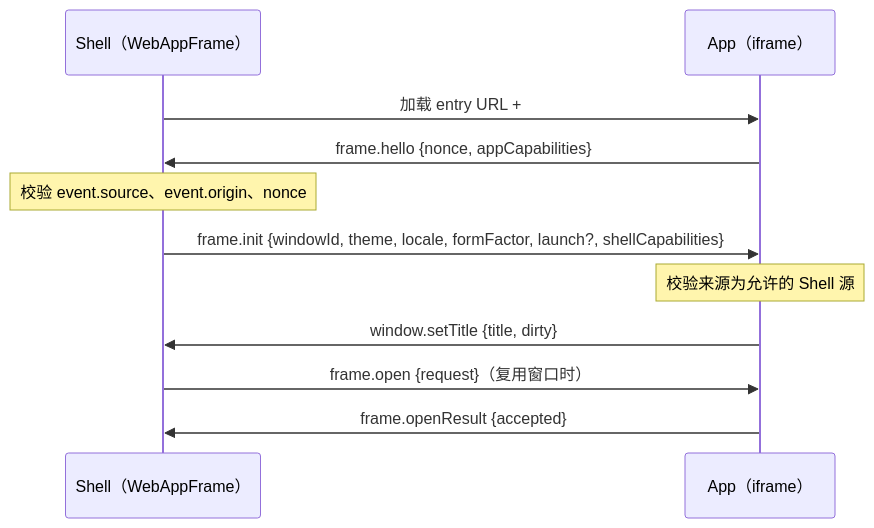
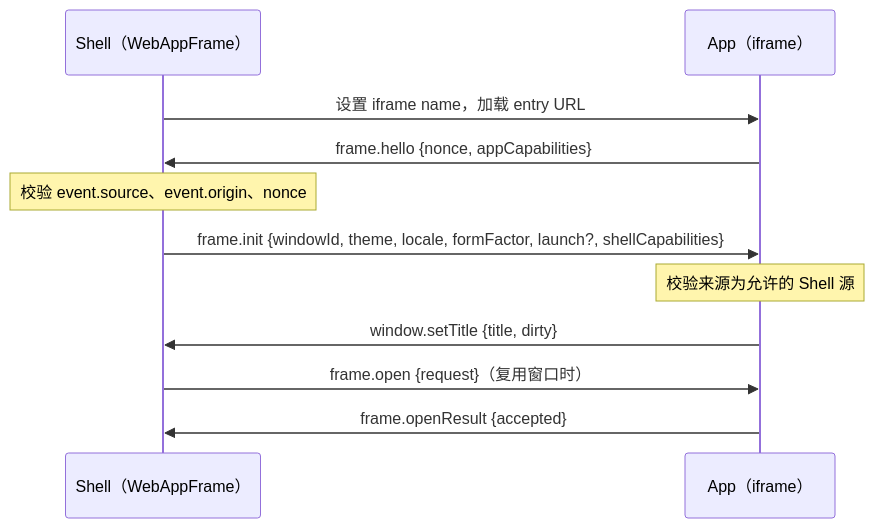
Before and after one commit to buckyos/buckyos: the second of 3 diagrams in src/apps/text_editor/readme.md, drawn with Mermaid. The commit also changed other lines of this file and 8 other files, not shown here.

````diff
--- a/src/apps/text_editor/readme.md
+++ b/src/apps/text_editor/readme.md
@@ -481,13 +481,13 @@
 ```mermaid
 sequenceDiagram
   participant S as Shell（WebAppFrame）
   participant A as App（iframe）
-  S->>A: 加载 entry URL + #bfp=nonce
+  S->>A: 设置 iframe name，加载 entry URL
   A->>S: frame.hello {nonce, appCapabilities}
   Note over S: 校验 event.source、event.origin、nonce
   S->>A: frame.init {windowId, theme, locale, formFactor, launch?, shellCapabilities}
   Note over A: 校验来源为允许的 Shell 源
   A->>S: window.setTitle {title, dirty}
   S->>A: frame.open {request}（复用窗口时）
   A->>S: frame.openResult {accepted}
 ```
````
